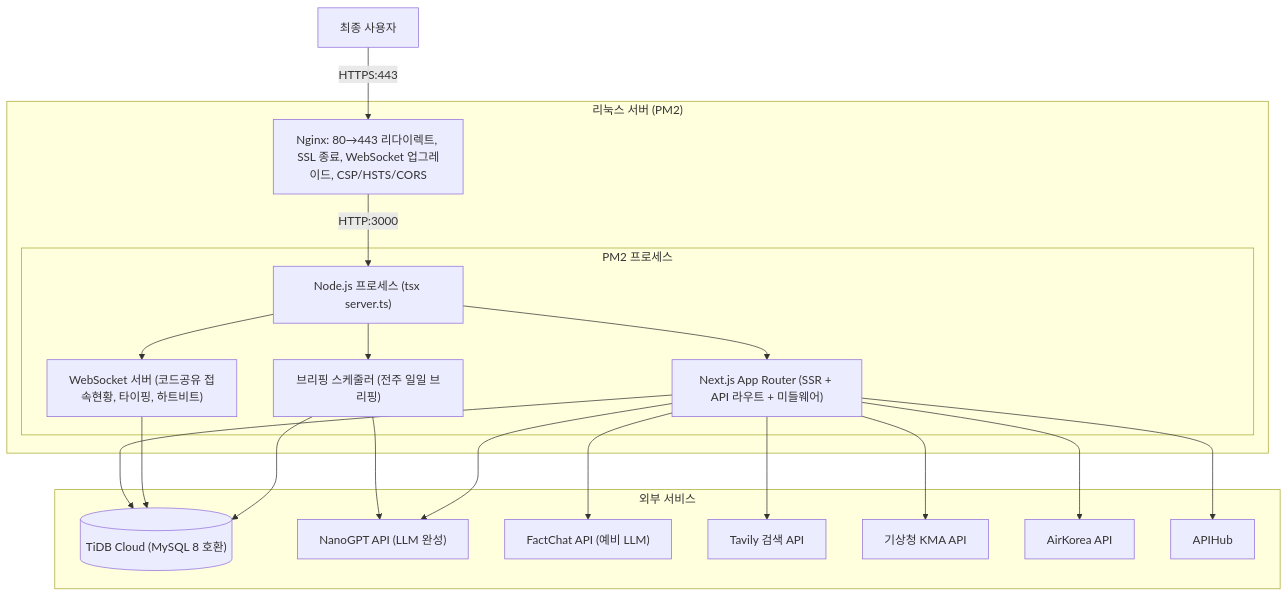
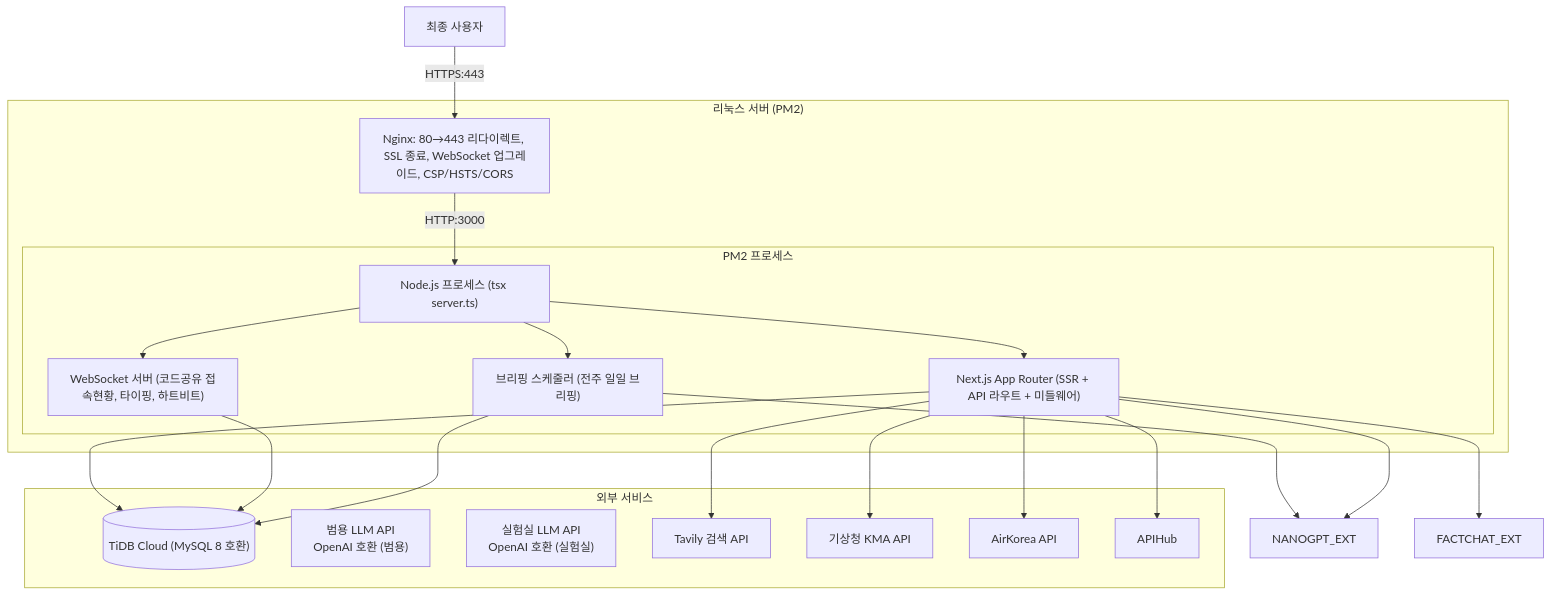
One commit to kim0040/Nadeulhae changed diagram 14 of 17 in docs/ARCHITECTURE_UML_KO.md. Above: the diagram before and after it, drawn with Mermaid. The commit also changed other lines of this file and 28 other files, not shown here.

First line of the commit message:
refactor: split LLM into general-llm and lab-llm with OpenAI-compatible core

````diff
--- a/docs/ARCHITECTURE_UML_KO.md
+++ b/docs/ARCHITECTURE_UML_KO.md
@@ -1245,42 +1245,42 @@
 ```mermaid
 graph TB
     USERS["최종 사용자"]
 
     subgraph Server["리눅스 서버 (PM2)"]
         NGINX["Nginx: 80→443 리다이렉트, SSL 종료, WebSocket 업그레이드, CSP/HSTS/CORS"]
 
         subgraph PM2["PM2 프로세스"]
             NODE["Node.js 프로세스 (tsx server.ts)"]
             NEXT["Next.js App Router (SSR + API 라우트 + 미들웨어)"]
             WS["WebSocket 서버 (코드공유 접속현황, 타이핑, 하트비트)"]
             SCHEDULER["브리핑 스케줄러 (전주 일일 브리핑)"]
             
             NODE --> NEXT
             NODE --> WS
             NODE --> SCHEDULER
         end
     end
 
     subgraph External["외부 서비스"]
         DB[("TiDB Cloud (MySQL 8 호환)")]
-        NANOGPT_EXT["NanoGPT API (LLM 완성)"]
-        FACTCHAT_EXT["FactChat API (예비 LLM)"]
+        GENERAL_LLM_EXT["범용 LLM API<br/>OpenAI 호환 (범용)"]
+        LAB_LLM_EXT["실험실 LLM API<br/>OpenAI 호환 (실험실)"]
         TAVILY_EXT["Tavily 검색 API"]
         KMA_EXT["기상청 KMA API"]
         AIR_EXT["AirKorea API"]
         APIHUB_EXT["APIHub"]
     end
 
     USERS -- "HTTPS:443" --> NGINX
     NGINX -- "HTTP:3000" --> NODE
     NEXT --> DB
     WS --> DB
     SCHEDULER --> NANOGPT_EXT
     SCHEDULER --> DB
     NEXT --> NANOGPT_EXT
     NEXT --> FACTCHAT_EXT
     NEXT --> TAVILY_EXT
     NEXT --> KMA_EXT
     NEXT --> AIR_EXT
     NEXT --> APIHUB_EXT
 ```
````
